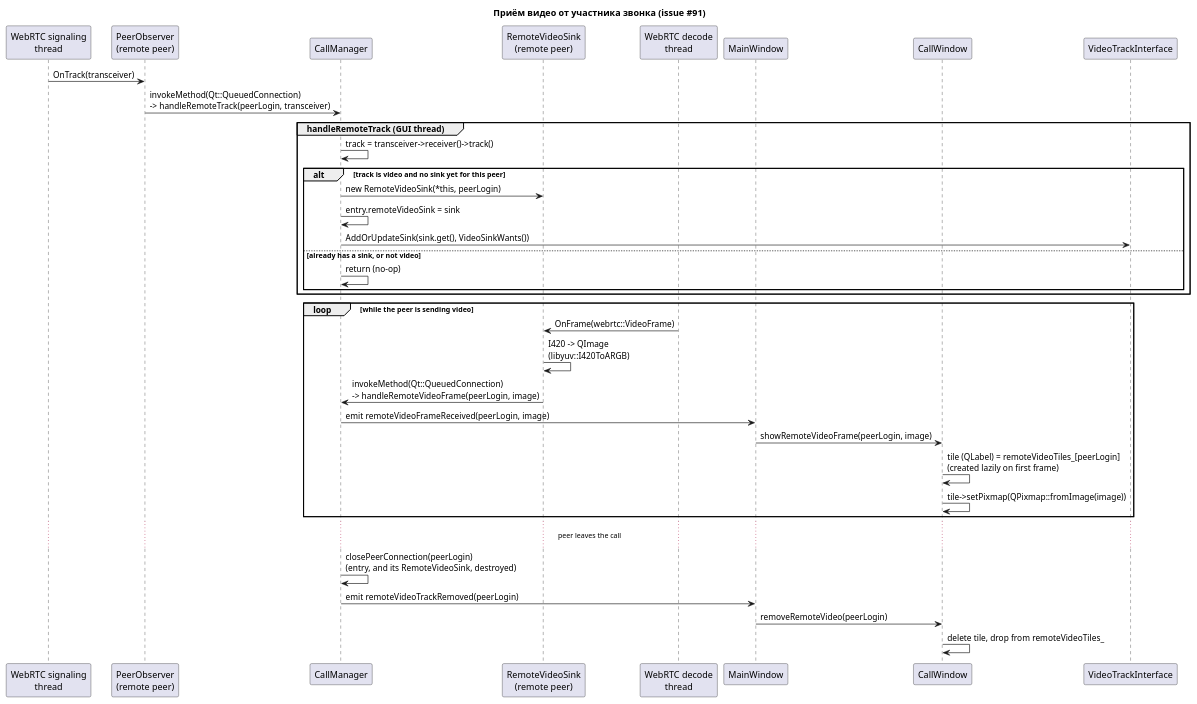
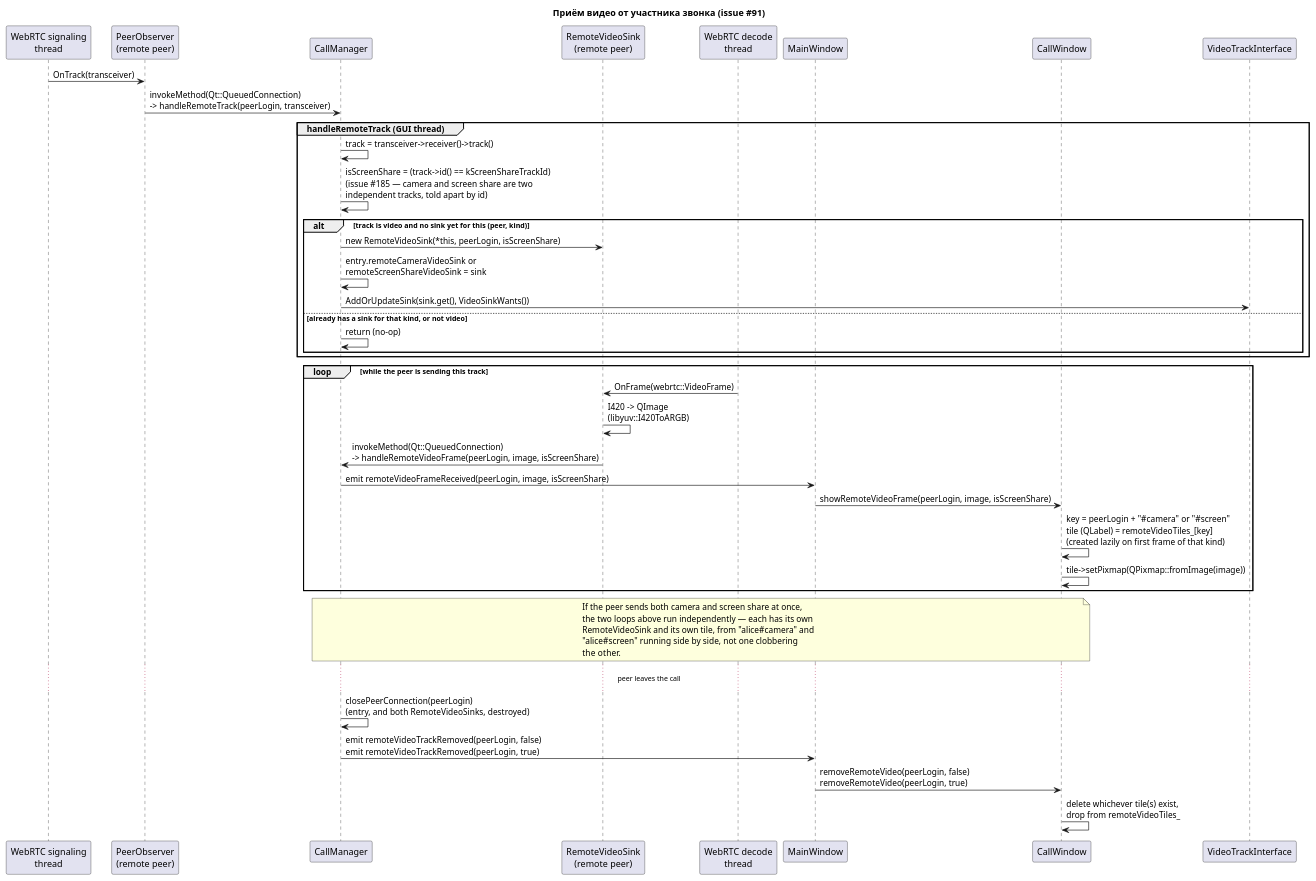
One commit to NekrasovIS/Exp changed the diagram in docs/diagrams/call-video-receive-sequence.puml. Above: the diagram before and after it, drawn with PlantUML. The commit also changed 14 other files, not shown here.

```diff
--- a/docs/diagrams/call-video-receive-sequence.puml
+++ b/docs/diagrams/call-video-receive-sequence.puml
@@ -1,42 +1,51 @@
 @startuml call_video_receive_sequence
 title Приём видео от участника звонка (issue #91)
 
 participant "WebRTC signaling\nthread" as Signaling
 participant "PeerObserver\n(remote peer)" as Observer
 participant CallManager
 participant "RemoteVideoSink\n(remote peer)" as Sink
 participant "WebRTC decode\nthread" as Decode
 participant MainWindow
 participant CallWindow
 
 Signaling -> Observer : OnTrack(transceiver)
 Observer -> CallManager : invokeMethod(Qt::QueuedConnection)\n-> handleRemoteTrack(peerLogin, transceiver)
 
 group handleRemoteTrack (GUI thread)
   CallManager -> CallManager : track = transceiver->receiver()->track()
-  alt track is video and no sink yet for this peer
-    CallManager -> Sink : new RemoteVideoSink(*this, peerLogin)
-    CallManager -> CallManager : entry.remoteVideoSink = sink
+  CallManager -> CallManager : isScreenShare = (track->id() == kScreenShareTrackId)\n(issue #185 — camera and screen share are two\nindependent tracks, told apart by id)
+  alt track is video and no sink yet for this (peer, kind)
+    CallManager -> Sink : new RemoteVideoSink(*this, peerLogin, isScreenShare)
+    CallManager -> CallManager : entry.remoteCameraVideoSink or\nremoteScreenShareVideoSink = sink
     CallManager -> "VideoTrackInterface" as Track : AddOrUpdateSink(sink.get(), VideoSinkWants())
-  else already has a sink, or not video
+  else already has a sink for that kind, or not video
     CallManager -> CallManager : return (no-op)
   end
 end
 
-loop while the peer is sending video
+loop while the peer is sending this track
   Decode -> Sink : OnFrame(webrtc::VideoFrame)
   Sink -> Sink : I420 -> QImage\n(libyuv::I420ToARGB)
-  Sink -> CallManager : invokeMethod(Qt::QueuedConnection)\n-> handleRemoteVideoFrame(peerLogin, image)
-  CallManager -> MainWindow : emit remoteVideoFrameReceived(peerLogin, image)
-  MainWindow -> CallWindow : showRemoteVideoFrame(peerLogin, image)
-  CallWindow -> CallWindow : tile (QLabel) = remoteVideoTiles_[peerLogin]\n(created lazily on first frame)
+  Sink -> CallManager : invokeMethod(Qt::QueuedConnection)\n-> handleRemoteVideoFrame(peerLogin, image, isScreenShare)
+  CallManager -> MainWindow : emit remoteVideoFrameReceived(peerLogin, image, isScreenShare)
+  MainWindow -> CallWindow : showRemoteVideoFrame(peerLogin, image, isScreenShare)
+  CallWindow -> CallWindow : key = peerLogin + "#camera" or "#screen"\ntile (QLabel) = remoteVideoTiles_[key]\n(created lazily on first frame of that kind)
   CallWindow -> CallWindow : tile->setPixmap(QPixmap::fromImage(image))
 end
 
+note over CallManager, CallWindow
+  If the peer sends both camera and screen share at once,
+  the two loops above run independently — each has its own
+  RemoteVideoSink and its own tile, from "alice#camera" and
+  "alice#screen" running side by side, not one clobbering
+  the other.
+end note
+
 ... peer leaves the call ...
-CallManager -> CallManager : closePeerConnection(peerLogin)\n(entry, and its RemoteVideoSink, destroyed)
-CallManager -> MainWindow : emit remoteVideoTrackRemoved(peerLogin)
-MainWindow -> CallWindow : removeRemoteVideo(peerLogin)
-CallWindow -> CallWindow : delete tile, drop from remoteVideoTiles_
+CallManager -> CallManager : closePeerConnection(peerLogin)\n(entry, and both RemoteVideoSinks, destroyed)
+CallManager -> MainWindow : emit remoteVideoTrackRemoved(peerLogin, false)\nemit remoteVideoTrackRemoved(peerLogin, true)
+MainWindow -> CallWindow : removeRemoteVideo(peerLogin, false)\nremoveRemoteVideo(peerLogin, true)
+CallWindow -> CallWindow : delete whichever tile(s) exist,\ndrop from remoteVideoTiles_
 
 @enduml
```
